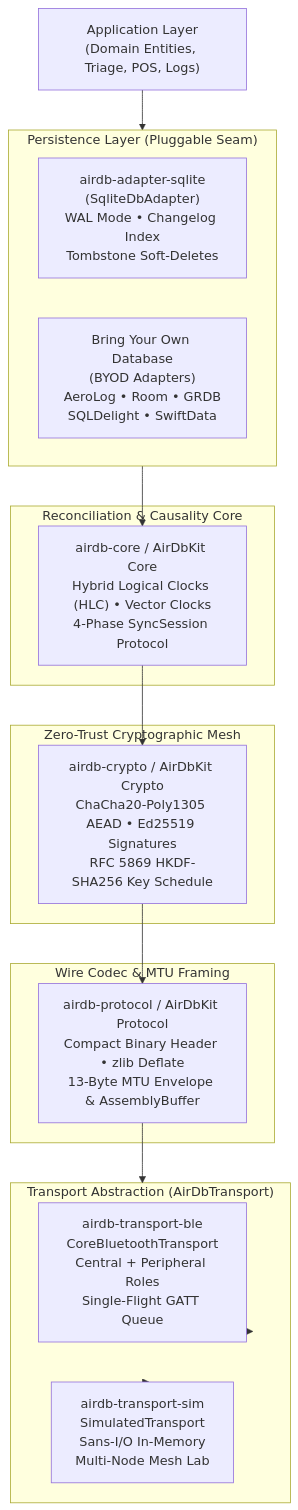
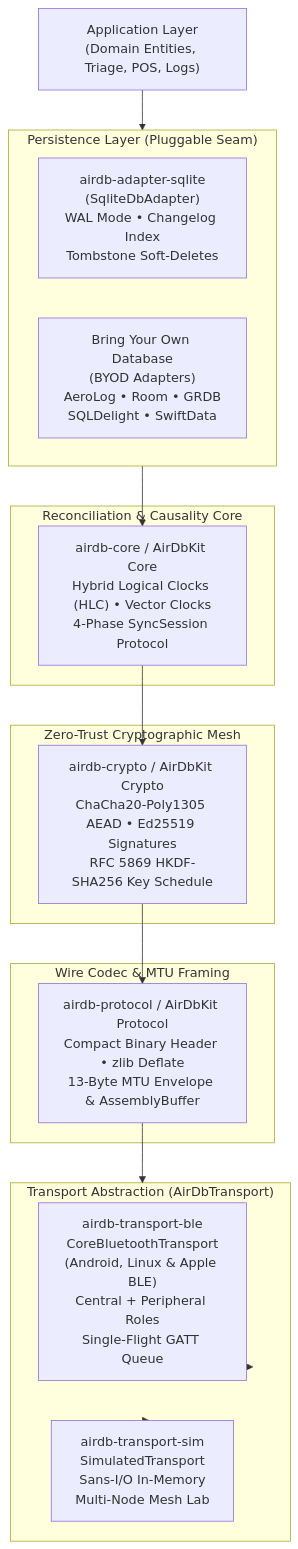
The diagram in docs/index.md (untacorp/airdb), drawn with Mermaid before and after one commit. The commit also changed 9 other files, not shown here.

First line of the commit message:
docs: update documentation for Linux BLE transport, airdb-cli, and v0.2.2 release

````diff
--- a/docs/index.md
+++ b/docs/index.md
@@ -37,34 +37,34 @@
 ```mermaid
 flowchart TD
     App["Application Layer<br/>(Domain Entities, Triage, POS, Logs)"]
 
     subgraph PersistenceTier ["Persistence Layer (Pluggable Seam)"]
         SQLite["airdb-adapter-sqlite<br/>(SqliteDbAdapter)<br/>WAL Mode • Changelog Index<br/>Tombstone Soft-Deletes"]
         BYOD["Bring Your Own Database<br/>(BYOD Adapters)<br/>AeroLog • Room • GRDB<br/>SQLDelight • SwiftData"]
     end
 
     subgraph EngineTier ["Reconciliation & Causality Core"]
         Core["airdb-core / AirDbKit Core<br/>Hybrid Logical Clocks (HLC) • Vector Clocks<br/>4-Phase SyncSession Protocol"]
     end
 
     subgraph SecurityTier ["Zero-Trust Cryptographic Mesh"]
         Crypto["airdb-crypto / AirDbKit Crypto<br/>ChaCha20-Poly1305 AEAD • Ed25519 Signatures<br/>RFC 5869 HKDF-SHA256 Key Schedule"]
     end
 
     subgraph ProtocolTier ["Wire Codec & MTU Framing"]
         Protocol["airdb-protocol / AirDbKit Protocol<br/>Compact Binary Header • zlib Deflate<br/>13-Byte MTU Envelope & AssemblyBuffer"]
     end
 
     subgraph TransportTier ["Transport Abstraction (AirDbTransport)"]
-        BLE["airdb-transport-ble<br/>CoreBluetoothTransport<br/>Central + Peripheral Roles<br/>Single-Flight GATT Queue"]
+        BLE["airdb-transport-ble<br/>CoreBluetoothTransport<br/>(Android, Linux & Apple BLE)<br/>Central + Peripheral Roles<br/>Single-Flight GATT Queue"]
         Sim["airdb-transport-sim<br/>SimulatedTransport<br/>Sans-I/O In-Memory<br/>Multi-Node Mesh Lab"]
     end
 
     App --> PersistenceTier
     PersistenceTier --> Core
     Core --> Crypto
     Crypto --> Protocol
     Protocol --> TransportTier
     TransportTier --> BLE
     TransportTier --> Sim
 ```
````
